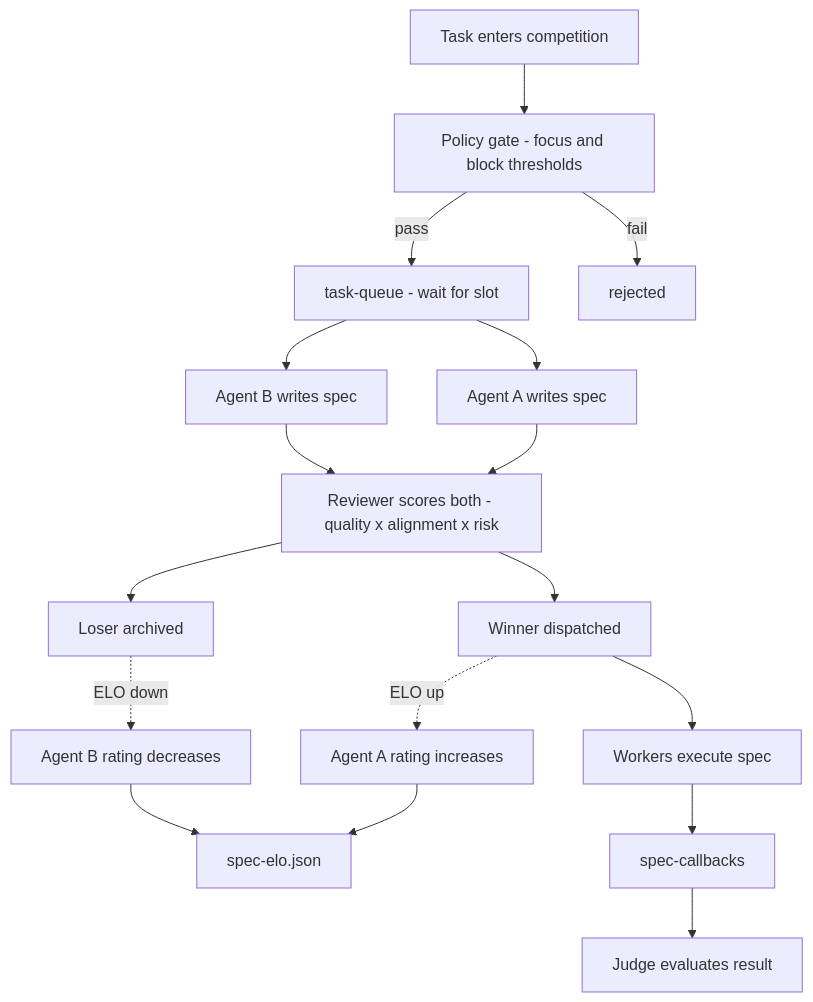
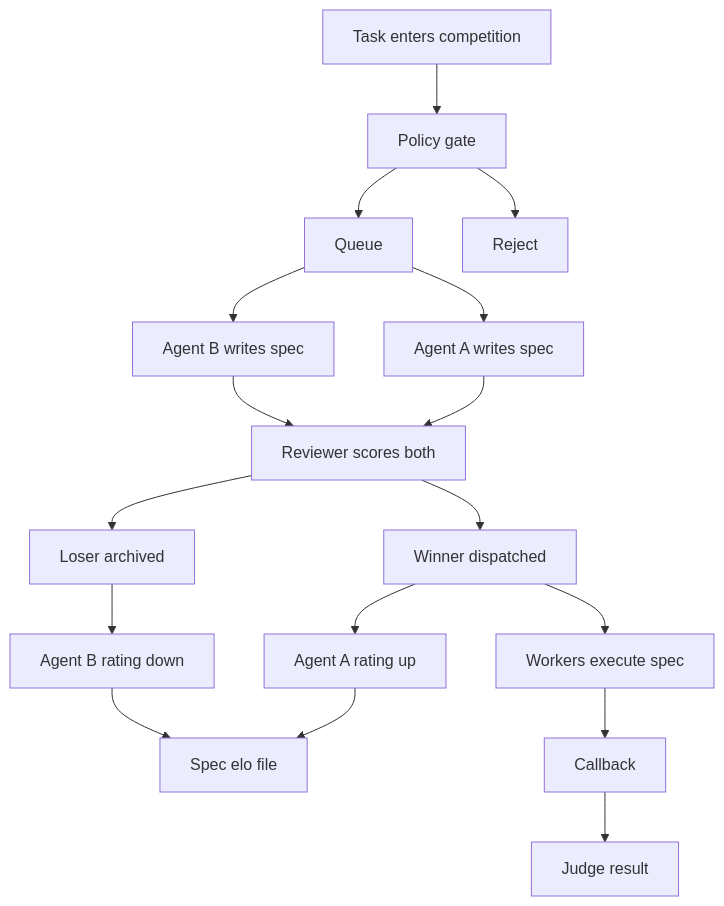
One commit to mmartoccia/ghost-orchestration-pattern changed the diagram in reference/SPEC_COMPETITION.md. Above: the diagram before and after it, drawn with Mermaid. The commit also changed 11 other files, not shown here.

First line of the commit message:
Fix Mermaid for GitHub renderer

````diff
--- a/reference/SPEC_COMPETITION.md
+++ b/reference/SPEC_COMPETITION.md
@@ -3,19 +3,31 @@
 ```mermaid
-flowchart TD
-    T["Task enters competition"] --> P["Policy gate - focus and block thresholds"]
-    P -->|"pass"| Q["task-queue - wait for slot"]
-    P -->|"fail"| RJ["rejected"]
-    Q --> A["Agent A writes spec"]
-    Q --> B["Agent B writes spec"]
-    A --> V["Reviewer scores both - quality x alignment x risk"]
-    B --> V
-    V --> W["Winner dispatched"]
-    V --> L["Loser archived"]
-    W -.->|"ELO up"| E1["Agent A rating increases"]
-    L -.->|"ELO down"| E2["Agent B rating decreases"]
-    E1 --> EL["spec-elo.json"]
-    E2 --> EL
-    W --> WK["Workers execute spec"]
-    WK --> CB["spec-callbacks"]
-    CB --> J["Judge evaluates result"]
+graph TD
+    S1[Task enters competition]
+    S2[Policy gate]
+    S3[Queue]
+    S4[Reject]
+    S5[Agent A writes spec]
+    S6[Agent B writes spec]
+    S7[Reviewer scores both]
+    S8[Winner dispatched]
+    S9[Loser archived]
+    S10[Agent A rating up]
+    S11[Agent B rating down]
+    S12[Spec elo file]
+    S13[Workers execute spec]
+    S14[Callback]
+    S15[Judge result]
+
+    S1 --> S2
+    S2 --> S3
+    S2 --> S4
+    S3 --> S5
+    S3 --> S6
+    S5 --> S7
+    S6 --> S7
+    S7 --> S8
+    S7 --> S9
+    S8 --> S10 --> S12
+    S9 --> S11 --> S12
+    S8 --> S13 --> S14 --> S15
 ```
````
